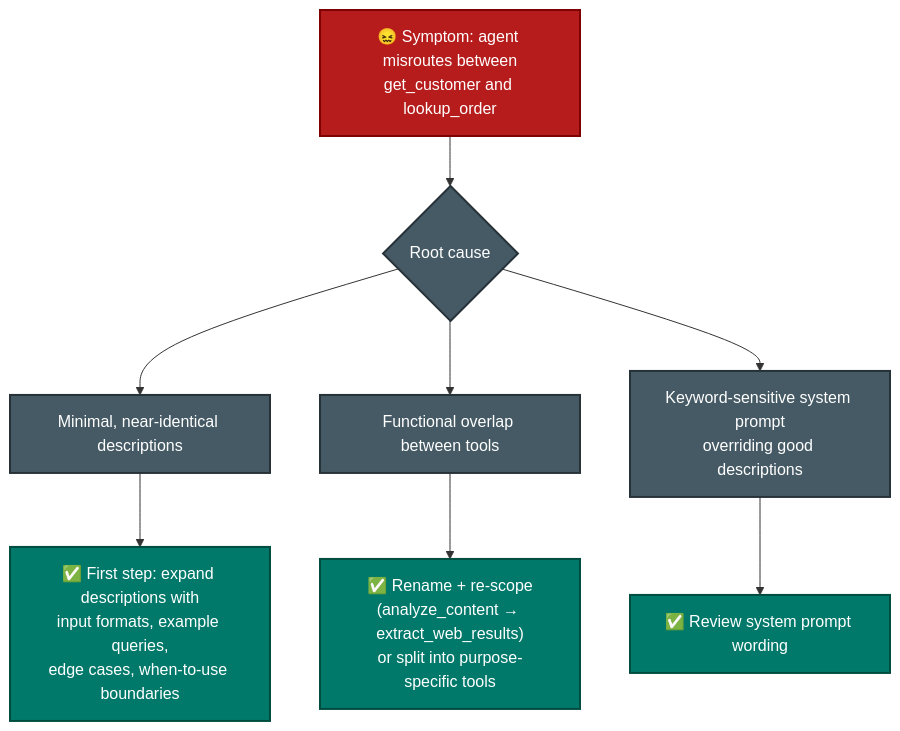
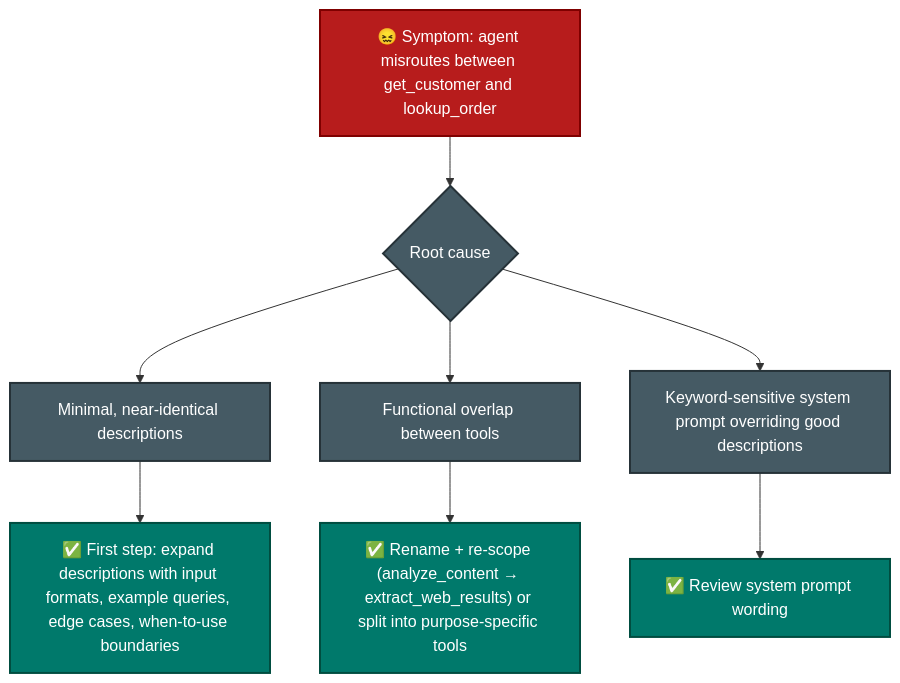
The first of 6 diagrams in CCA-F/domains/d2-tool-design-mcp.md (parmar-m/claude-architect-certification-prep), drawn with Mermaid before and after one commit. The commit also changed other lines of this file and 25 other files, not shown here.

````diff
--- a/CCA-F/domains/d2-tool-design-mcp.md
+++ b/CCA-F/domains/d2-tool-design-mcp.md
@@ -32,16 +32,16 @@
 ```mermaid
 flowchart TD
-    P["😖 Symptom: agent misroutes between<br/>get_customer and lookup_order"] --> RC{Root cause}
+    P["😖 Symptom: agent misroutes between get_customer and lookup_order"] --> RC{Root cause}
     RC --> D1["Minimal, near-identical descriptions"]
-    D1 --> FIX1["✅ First step: expand descriptions with<br/>input formats, example queries,<br/>edge cases, when-to-use boundaries"]
+    D1 --> FIX1["✅ First step: expand descriptions with input formats, example queries, edge cases, when-to-use boundaries"]
     RC --> D2["Functional overlap between tools"]
-    D2 --> FIX2["✅ Rename + re-scope<br/>(analyze_content → extract_web_results)<br/>or split into purpose-specific tools"]
-    RC --> D3["Keyword-sensitive system prompt<br/>overriding good descriptions"]
+    D2 --> FIX2["✅ Rename + re-scope (analyze_content → extract_web_results) or split into purpose-specific tools"]
+    RC --> D3["Keyword-sensitive system prompt overriding good descriptions"]
     D3 --> FIX3["✅ Review system prompt wording"]
     classDef bad fill:#B71C1C,color:#fff,stroke:#7F0000,stroke-width:2px
     classDef fix fill:#00796B,color:#fff,stroke:#004D40,stroke-width:2px
     classDef neutral fill:#455A64,color:#fff,stroke:#263238,stroke-width:2px
     class P bad
     class FIX1,FIX2,FIX3 fix
     class RC,D1,D2,D3 neutral
 ```
````
